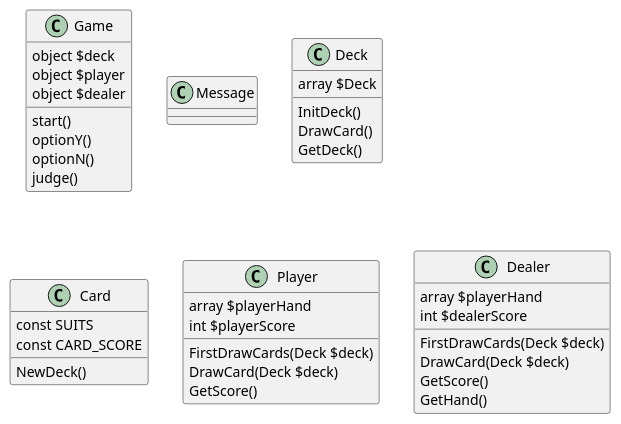
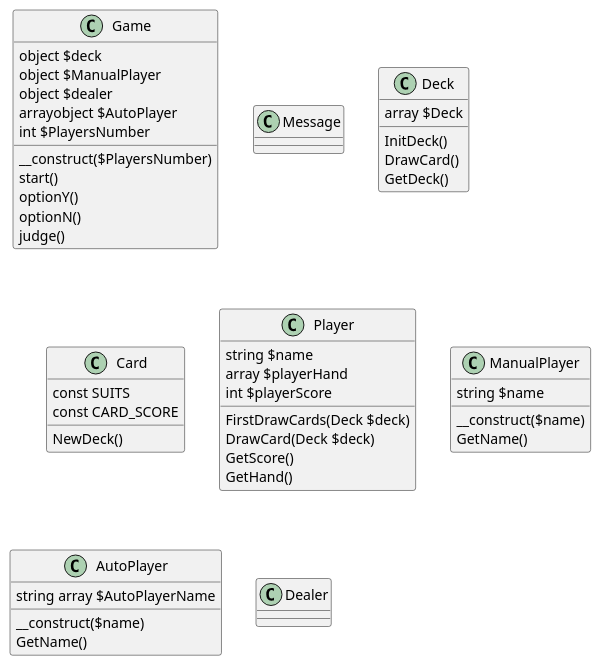
One commit to RohanKid/BlackJack changed the diagram in src/PlantUML/BlackJackClassCase.pu. Above: the diagram before and after it, drawn with PlantUML. The commit also changed 12 other files, not shown here.

```diff
--- a/src/PlantUML/BlackJackClassCase.pu
+++ b/src/PlantUML/BlackJackClassCase.pu
@@ -1,43 +1,53 @@
 @startuml Blackjack
 class Game {
   object $deck
-  object $player
+  object $ManualPlayer
   object $dealer
+  arrayobject $AutoPlayer
+  int $PlayersNumber
+  __construct($PlayersNumber)
   start()
   optionY()
   optionN()
   judge()
 }
 class Message {
 
 }
 class Deck {
   array $Deck
   InitDeck()
   DrawCard()
   GetDeck()
 
 }
 class Card {
   const SUITS
   const CARD_SCORE
   NewDeck()
 }
 class Player {
+  string $name
   array $playerHand
   int $playerScore
-  FirstDrawCards(Deck $deck)
-  DrawCard(Deck $deck)
-  GetScore()
-
-}
-class Dealer {
-  array $playerHand
-  int $dealerScore
   FirstDrawCards(Deck $deck)
   DrawCard(Deck $deck)
   GetScore()
   GetHand()
 
 }
+class ManualPlayer {
+  string $name
+  __construct($name)
+  GetName()
+
+}
+class AutoPlayer {
+  string array $AutoPlayerName
+  __construct($name)
+  GetName()
+
+}
+class Dealer {
+}
 @enduml
```
